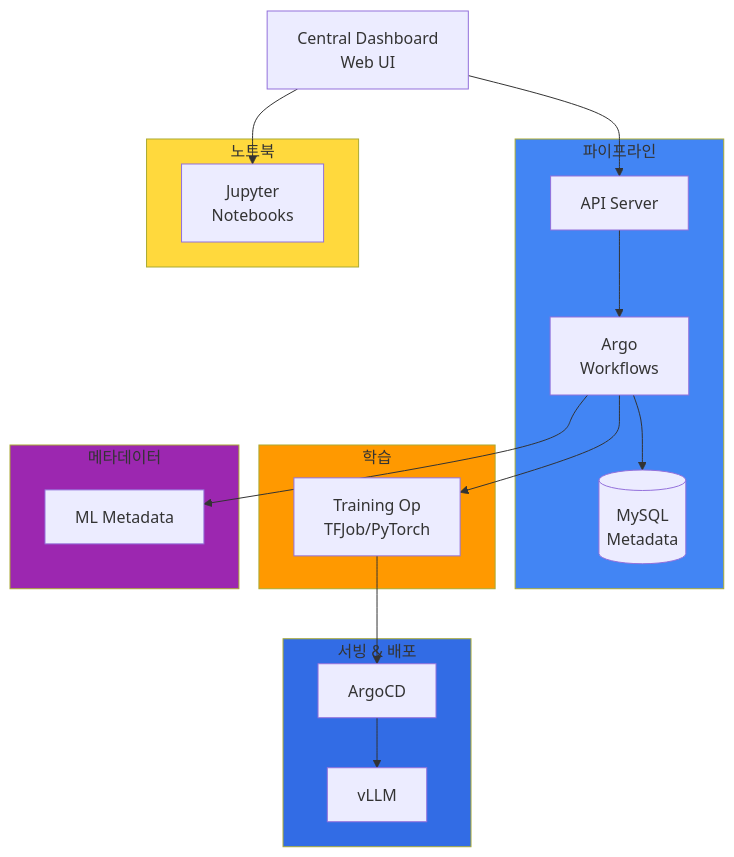
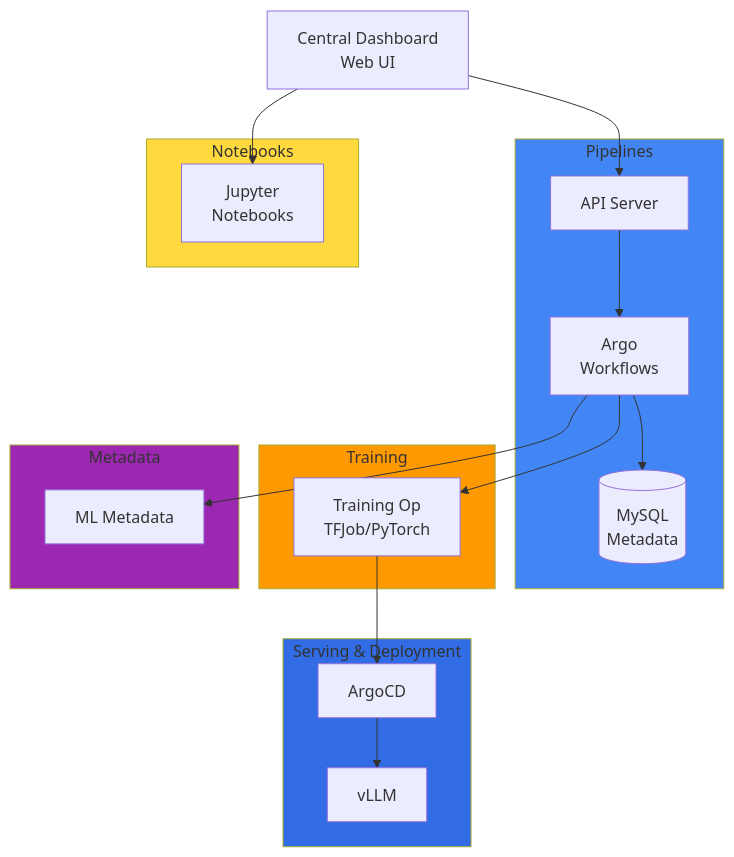
One commit to devfloor9/engineering-playbook changed the second of 5 diagrams in docs/agentic-ai-platform/reference-architecture/model-lifecycle/mlops-pipeline-eks.md. Above: the diagram before and after it, drawn with Mermaid. The commit also changed other lines of this file and 954 other files, not shown here.

````diff
--- a/docs/agentic-ai-platform/reference-architecture/model-lifecycle/mlops-pipeline-eks.md
+++ b/docs/agentic-ai-platform/reference-architecture/model-lifecycle/mlops-pipeline-eks.md
@@ -120,42 +118,42 @@
 ```mermaid
 flowchart TB
     UI[Central Dashboard<br/>Web UI]
 
-    subgraph Pipelines["파이프라인"]
+    subgraph Pipelines["Pipelines"]
         KFP_API[API Server]
         KFP_ENGINE[Argo<br/>Workflows]
         KFP_DB[(MySQL<br/>Metadata)]
     end
 
-    subgraph Notebooks["노트북"]
+    subgraph Notebooks["Notebooks"]
         JUPYTER[Jupyter<br/>Notebooks]
     end
 
-    subgraph Training["학습"]
+    subgraph Training["Training"]
         TRAINING_OP[Training Op<br/>TFJob/PyTorch]
     end
 
-    subgraph Serving["서빙 & 배포"]
+    subgraph Serving["Serving & Deployment"]
         VLLM_SERVE[vLLM]
         ARGOCD_DEPLOY[ArgoCD]
     end
 
-    subgraph Metadata["메타데이터"]
+    subgraph Metadata["Metadata"]
         MLMD[ML Metadata]
     end
 
     UI --> KFP_API
     UI --> JUPYTER
     KFP_API --> KFP_ENGINE
     KFP_ENGINE --> KFP_DB
     KFP_ENGINE --> TRAINING_OP
     TRAINING_OP --> ARGOCD_DEPLOY
     ARGOCD_DEPLOY --> VLLM_SERVE
     KFP_ENGINE --> MLMD
 
     style Pipelines fill:#4285f4
     style Notebooks fill:#ffd93d
     style Training fill:#ff9900
     style Serving fill:#326ce5
     style Metadata fill:#9c27b0
 ```
````
